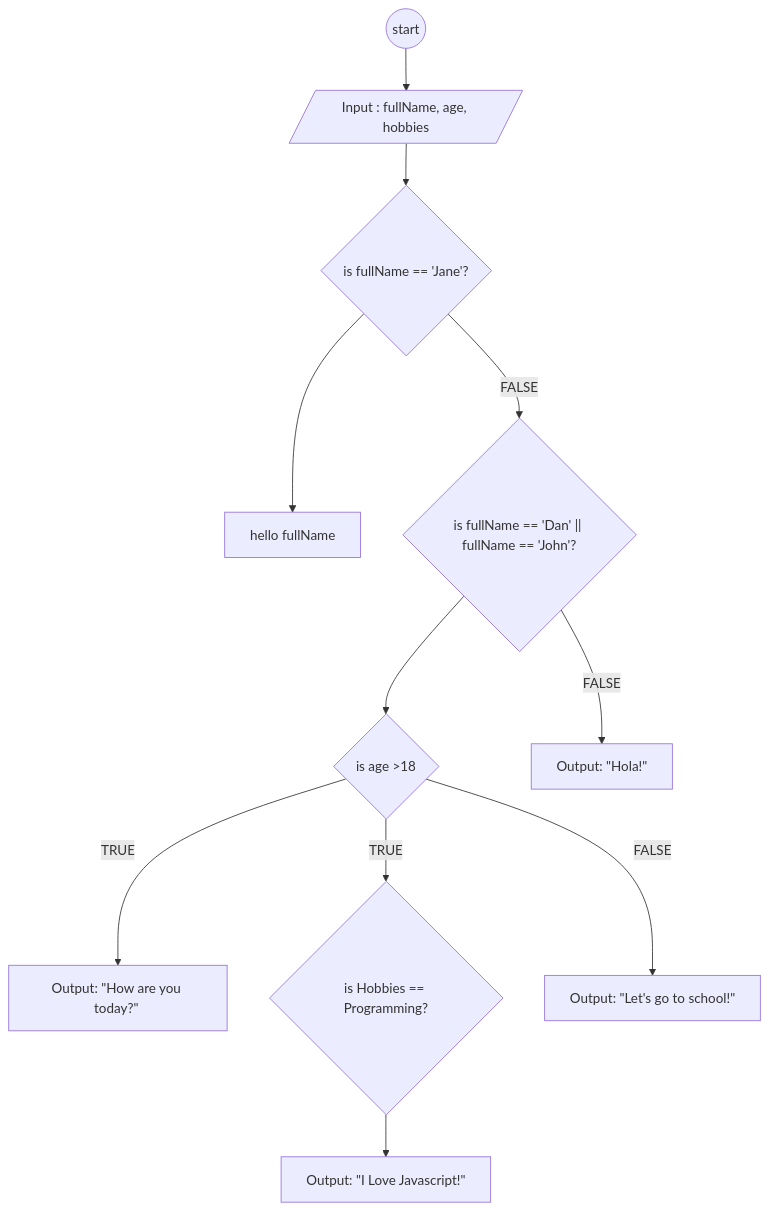
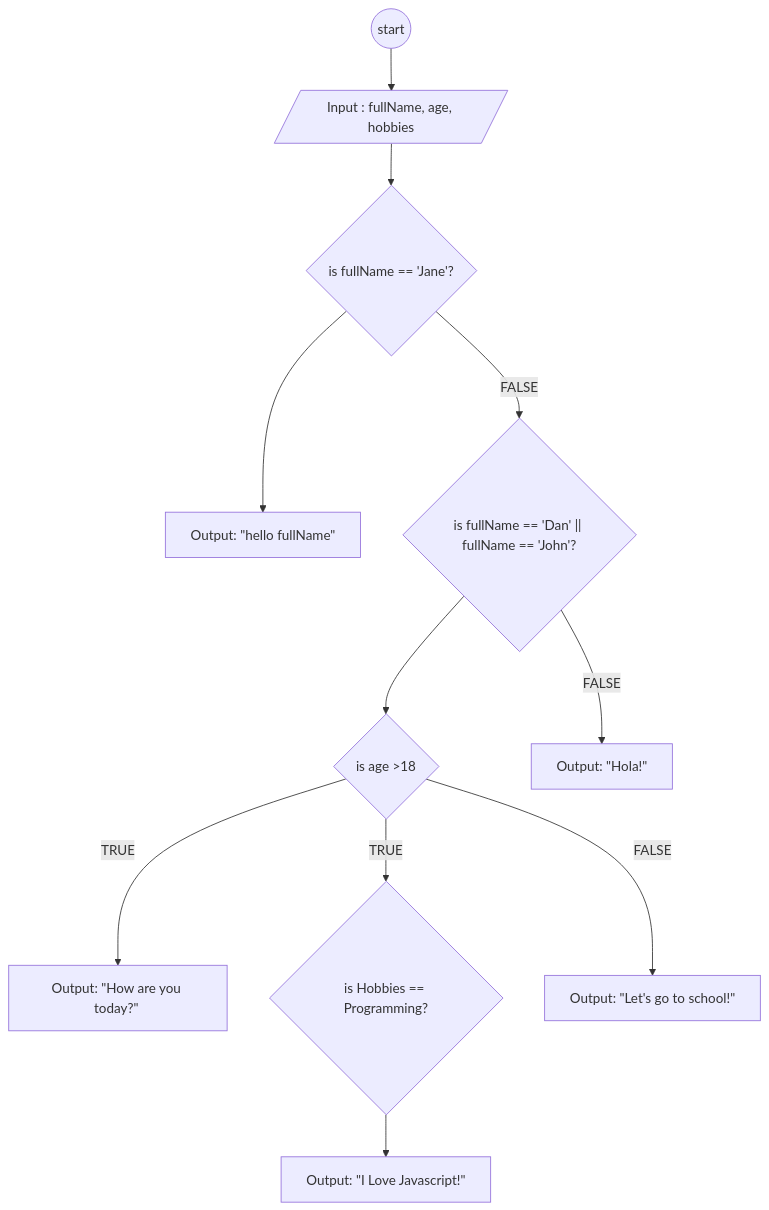
The diagram in flowchart-fullName.md (makarim22/koda-b6-javascript1), drawn with Mermaid before and after one commit. The commit also changed other lines of this file, not shown here.

````diff
--- a/flowchart-fullName.md
+++ b/flowchart-fullName.md
@@ -1,33 +1,33 @@
 ```mermaid
 flowchart TD
 A@{ shape: circle, label: "start"} --> B
 
 B@{ shape: lean-r, label: "Input : fullName, age, hobbies" } --> C
 
 C@{ shape: diamond, label: "is fullName == 'Jane'?" } --> D
 
 C -- FALSE --> E
 
-D@{ shape: rect, label: "hello fullName"} 
+D@{ shape: rect, label: "Output: \"hello fullName\" "} 
 
 E@{ shape: diamond, label: "is fullName == 'Dan' || fullName == 'John'?" } --> F
 
 E -- FALSE --> K
 
 F@{ shape: diamond, label: "is age >18"} --> |TRUE| G
 
 F -- TRUE --> I
 
 I@{ shape: diamond, label: "is Hobbies == Programming?" } --> J
 
 J@{ shape: rect, label: "Output: \"I Love Javascript!\" " }
 
 F -- FALSE --> H
 
 G@{ shape: rect, label: "Output: \"How are you today?\" " }
 
 H@{ shape: rect, label: "Output: \"Let's go to school!\" " } 
 
 K@{ shape: rect, label: "Output: \"Hola!\" " }
 
 ```
````
